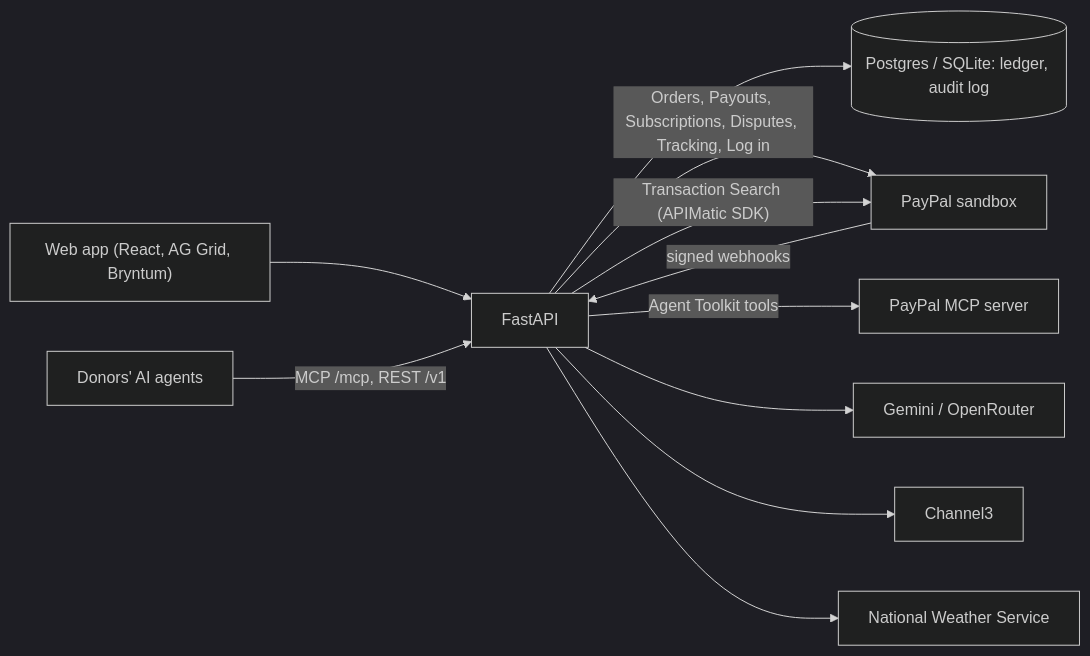
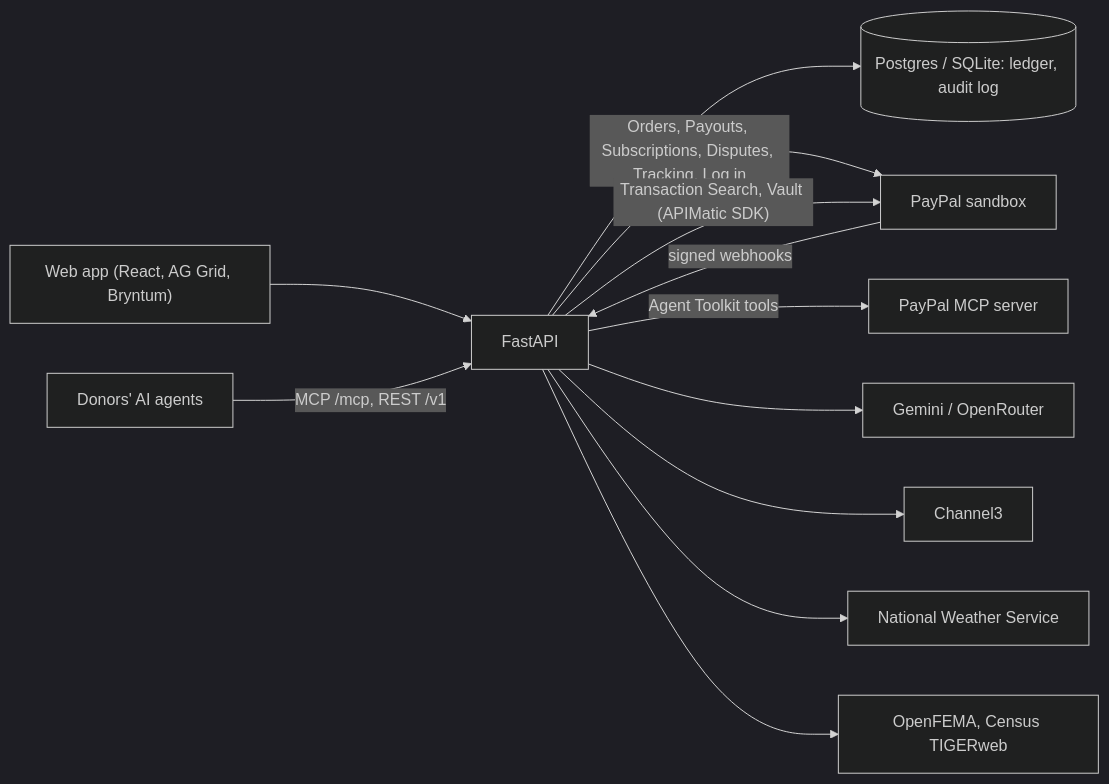
One commit to AnshulPatil2005/hearthline changed the diagram in README.md. Above: the diagram before and after it, drawn with Mermaid (dark theme). The commit also changed other lines of this file and 21 other files, not shown here.

First line of the commit message:
Real disasters: open any FEMA declaration or severe weather warning, with its real zone

````diff
--- a/README.md
+++ b/README.md
@@ -230,13 +234,14 @@
 ```mermaid
 flowchart LR
   web["Web app (React, AG Grid, Bryntum)"] --> api["FastAPI"]
   agent["Donors' AI agents"] -- "MCP /mcp, REST /v1" --> api
   api --> db[("Postgres / SQLite: ledger, audit log")]
   api -- "Orders, Payouts, Subscriptions, Disputes, Tracking, Log in" --> paypal["PayPal sandbox"]
   paypal -- "signed webhooks" --> api
   api -- "Agent Toolkit tools" --> mcp["PayPal MCP server"]
-  api -- "Transaction Search (APIMatic SDK)" --> paypal
+  api -- "Transaction Search, Vault (APIMatic SDK)" --> paypal
   api --> ai["Gemini / OpenRouter"]
   api --> c3["Channel3"]
   api --> nws["National Weather Service"]
+  api --> fema["OpenFEMA, Census TIGERweb"]
 ```
````
